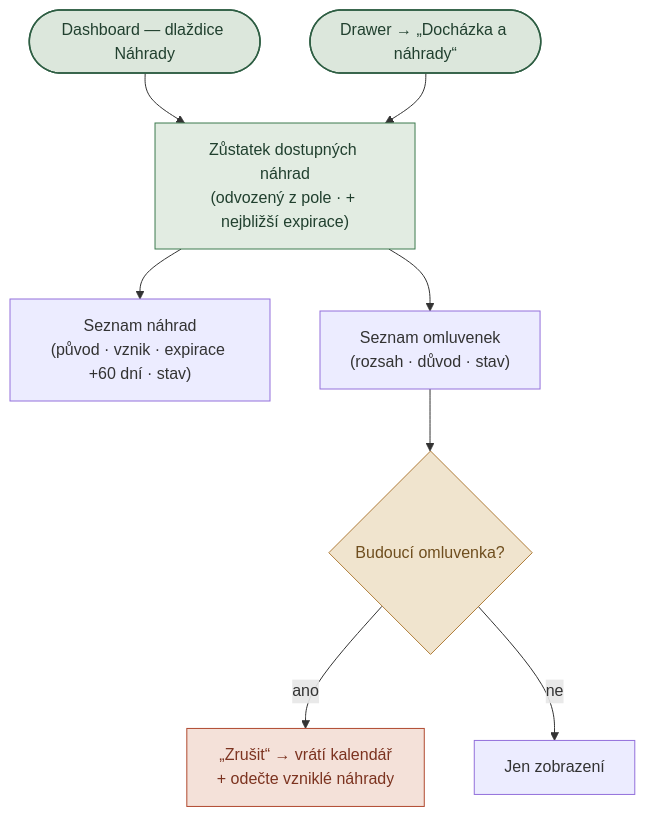
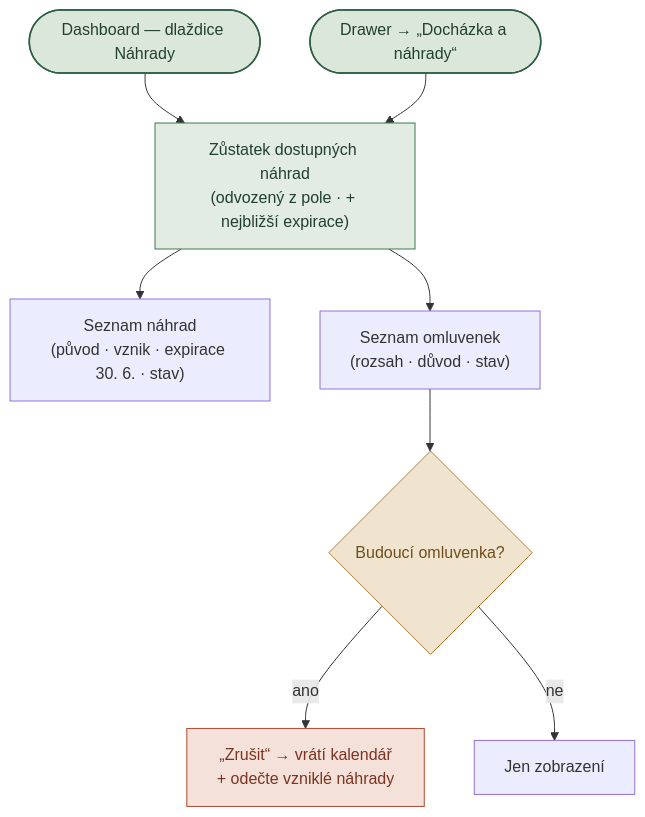
One commit to chotenovskalenka/intraweb-prototype changed the third of 7 diagrams in docs/flows.md. Above: the diagram before and after it, drawn with Mermaid. The commit also changed other lines of this file and 4 other files, not shown here.

````diff
--- a/docs/flows.md
+++ b/docs/flows.md
@@ -72,15 +72,15 @@
 ```mermaid
 flowchart TD
   A([Dashboard — dlaždice Náhrady]):::term --> C
   B([Drawer → „Docházka a náhrady“]):::term --> C
   C["Zůstatek dostupných náhrad<br/>(odvozený z pole · + nejbližší expirace)"]:::hi
-  C --> D["Seznam náhrad<br/>(původ · vznik · expirace +60 dní · stav)"]
+  C --> D["Seznam náhrad<br/>(původ · vznik · expirace 30. 6. · stav)"]
   C --> E["Seznam omluvenek<br/>(rozsah · důvod · stav)"]
   E --> F{"Budoucí omluvenka?"}:::dec
   F -->|ano| G["„Zrušit“ → vrátí kalendář<br/>+ odečte vzniklé náhrady"]:::bad
   F -->|ne| H["Jen zobrazení"]
   classDef term fill:#DCE7DC,stroke:#2E5E43,color:#21402F,stroke-width:1.5px;
   classDef hi fill:#E2ECE2,stroke:#3C7A4E,color:#21402F;
   classDef dec fill:#F0E4CE,stroke:#B07D3A,color:#6f4e1e;
   classDef bad fill:#F4E1D9,stroke:#B0492F,color:#7c3320;
 ```
````
